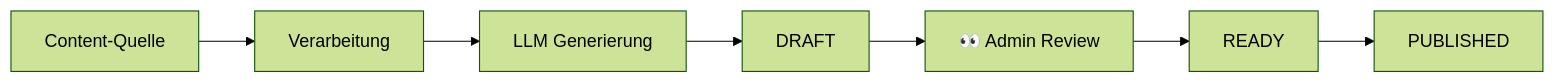
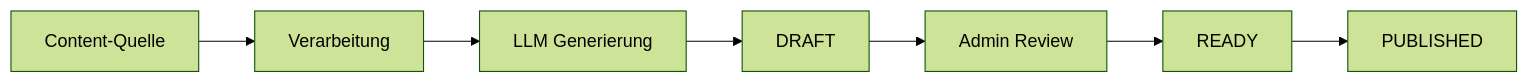
One commit to NoahRolli/contentHub_catchKen changed the diagram in README.md. Above: the diagram before and after it, drawn with Mermaid (forest theme). The commit also changed other lines of this file, not shown here.

````diff
--- a/README.md
+++ b/README.md
@@ -132,9 +132,9 @@
 ```mermaid
 graph LR
     A[Content-Quelle] --> B[Verarbeitung]
     B --> C[LLM Generierung]
     C --> D[DRAFT]
-    D --> E[👀 Admin Review]
+    D --> E[Admin Review]
     E --> F[READY]
     F --> G[PUBLISHED]
 ```
````
